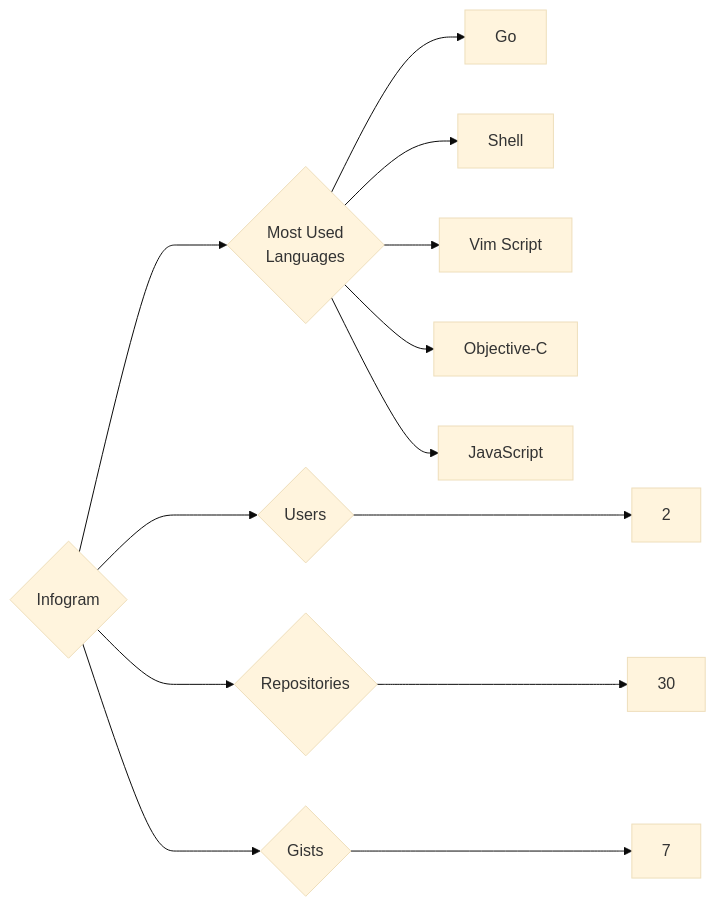
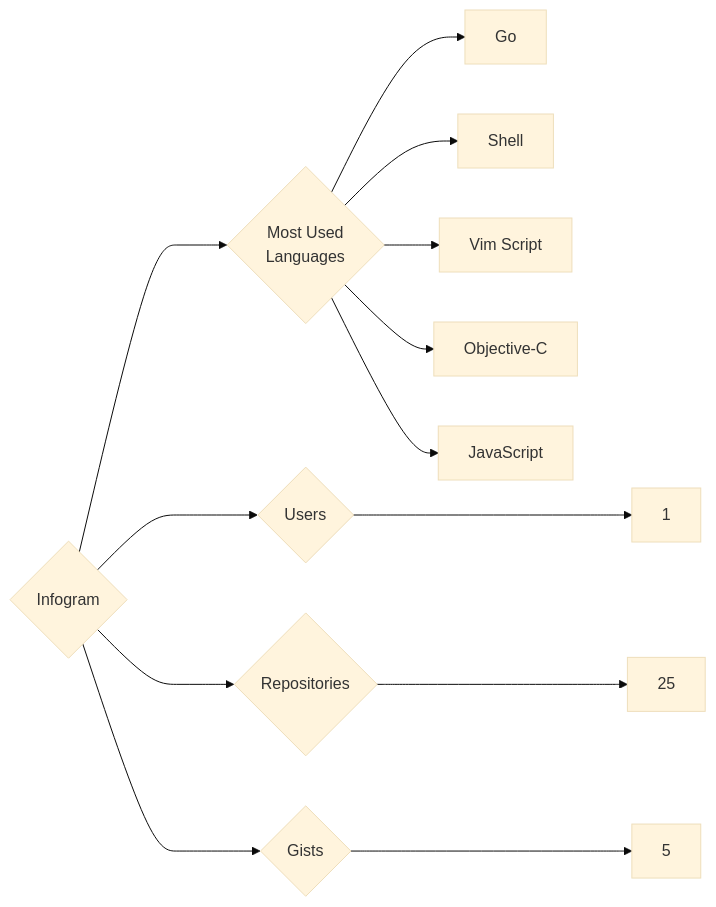
One commit to trickest/insiders changed the diagram in targets/Infogram/README.md. Above: the diagram before and after it, drawn with Mermaid (base theme). The commit also changed 786 other files, not shown here.

````diff
--- a/targets/Infogram/README.md
+++ b/targets/Infogram/README.md
@@ -3,13 +3,13 @@
 ```mermaid
 graph LR
 COMPANY_NAME{Infogram}
-COMPANY_NAME ---> U{Users} ---> UN[2]
-COMPANY_NAME ---> R{Repositories} ---> RN[30]
-COMPANY_NAME ---> G{Gists} ---> GN[7]
+COMPANY_NAME ---> U{Users} ---> UN[1]
+COMPANY_NAME ---> R{Repositories} ---> RN[25]
+COMPANY_NAME ---> G{Gists} ---> GN[5]
 COMPANY_NAME ---> ML{Most Used<br>Languages}
 ML --> Go[Go]
 ML --> Shell[Shell]
 ML --> Vim_Script[Vim Script]
 ML --> Objective-C[Objective-C]
 ML --> JavaScript[JavaScript]
 ```
````
